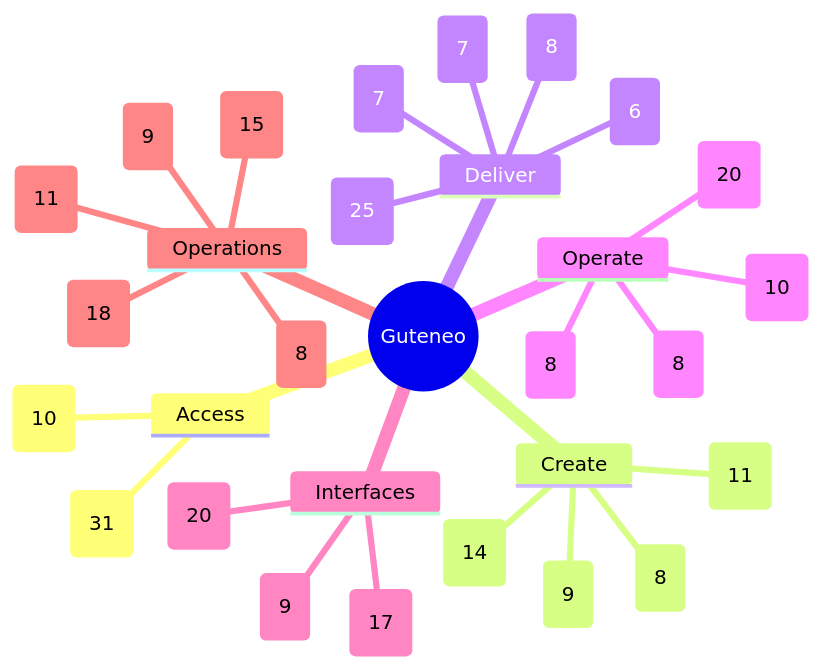
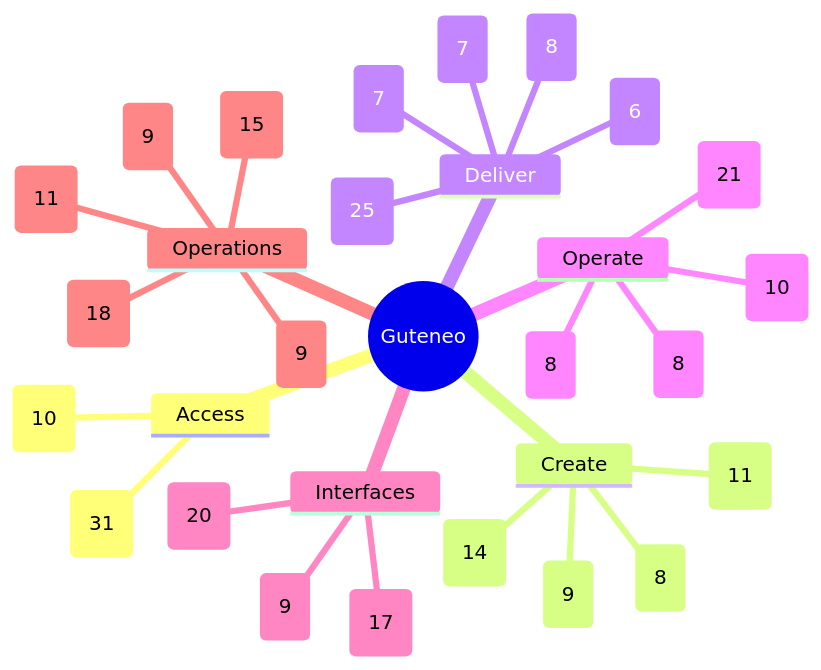
One commit to nclsppr/guteneo changed the diagram in docs/FEATURE_MAP.md. Above: the diagram before and after it, drawn with Mermaid. The commit also changed other lines of this file and 27 other files, not shown here.

````diff
--- a/docs/FEATURE_MAP.md
+++ b/docs/FEATURE_MAP.md
@@ -13,33 +13,33 @@
 ```mermaid
 mindmap
   root((Guteneo))
     Access
       Access and identity (31)
       Team and responsibilities (10)
     Create
       Documents and protection (8)
       Template studio (14)
       Data and mappings (9)
       PDF generation and distribution (11)
     Deliver
       Fax (6)
       Postal mail (8)
       Email and protected links (7)
       Sensitive distribution and personal documents (25)
       Dispatch dry run (7)
     Operate
       Campaigns and tracking (8)
       Credits and billing (8)
-      Workspace layout and browser appearance (20)
+      Workspace layout and browser appearance (21)
       PDF verification (10)
     Interfaces
       Assistants and API (20)
       iPhone and iPad (9)
       Public pages, languages and appearance (17)
     Operations
       Reviewer OAuth qualification (9)
       Operations and reliability (18)
-      Belvédère platform oversight (8)
+      Belvédère platform oversight (9)
       Public service status (15)
       Engineering documentation (11)
 ```
````
